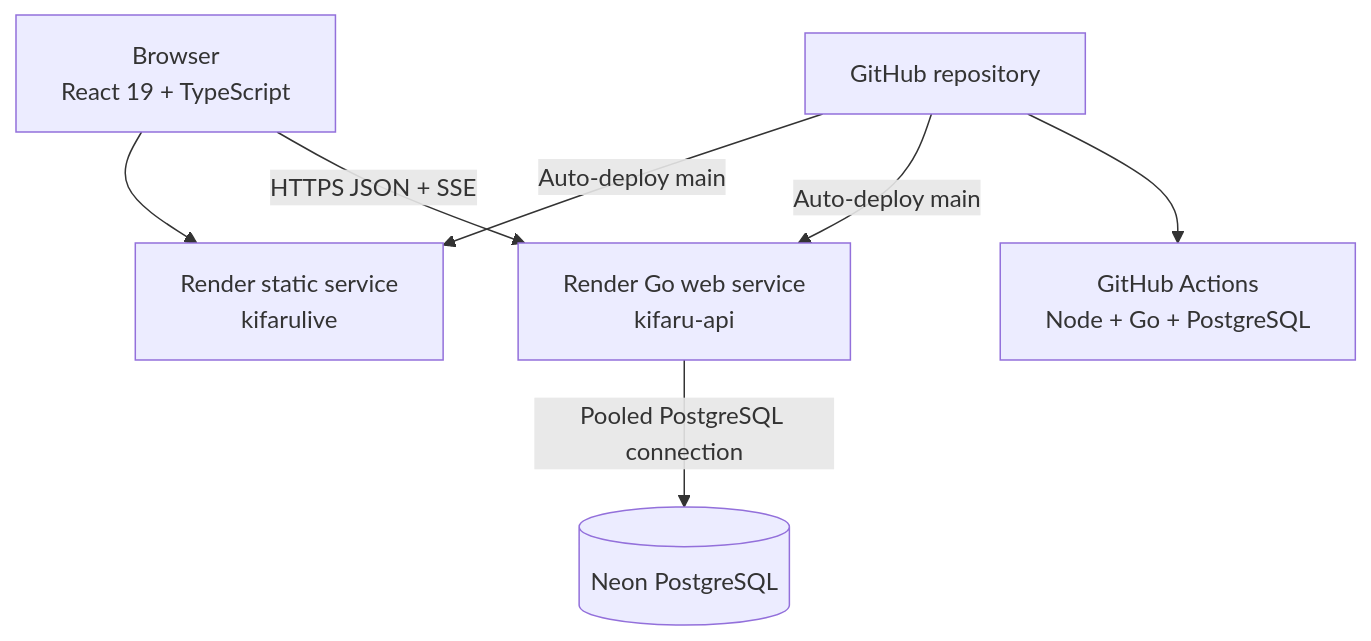
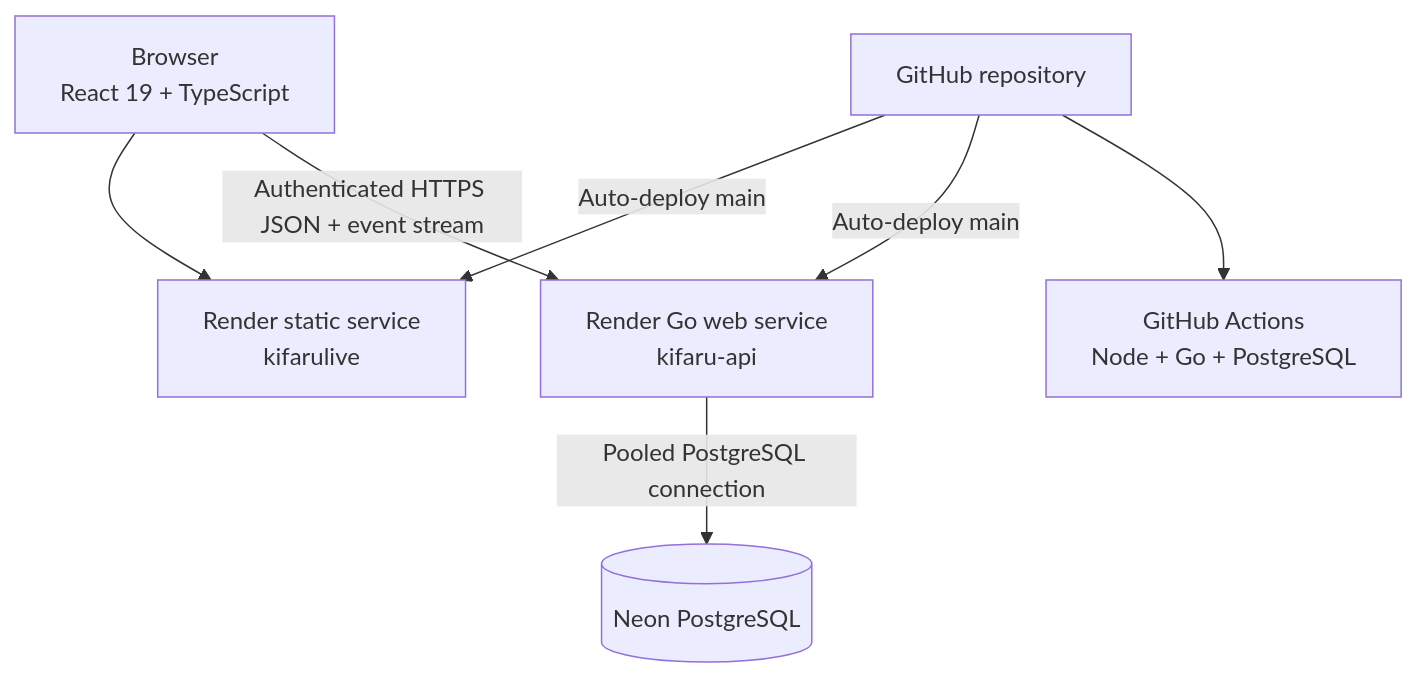
Before and after one commit to tmjoris/kifaru: the fourth of 9 diagrams in README.md, drawn with Mermaid. The commit also changed other lines of this file and 34 other files, not shown here.

````diff
--- a/README.md
+++ b/README.md
@@ -133,16 +180,16 @@
 ```mermaid
 flowchart TB
     Browser["Browser\nReact 19 + TypeScript"]
     Static["Render static service\nkifarulive"]
     API["Render Go web service\nkifaru-api"]
     Neon[("Neon PostgreSQL")]
     GitHub["GitHub repository"]
     Actions["GitHub Actions\nNode + Go + PostgreSQL"]
 
     GitHub -->|"Auto-deploy main"| Static
     GitHub -->|"Auto-deploy main"| API
     GitHub --> Actions
     Browser --> Static
-    Browser -->|"HTTPS JSON + SSE"| API
+    Browser -->|"Authenticated HTTPS JSON + event stream"| API
     API -->|"Pooled PostgreSQL connection"| Neon
 ```
````
